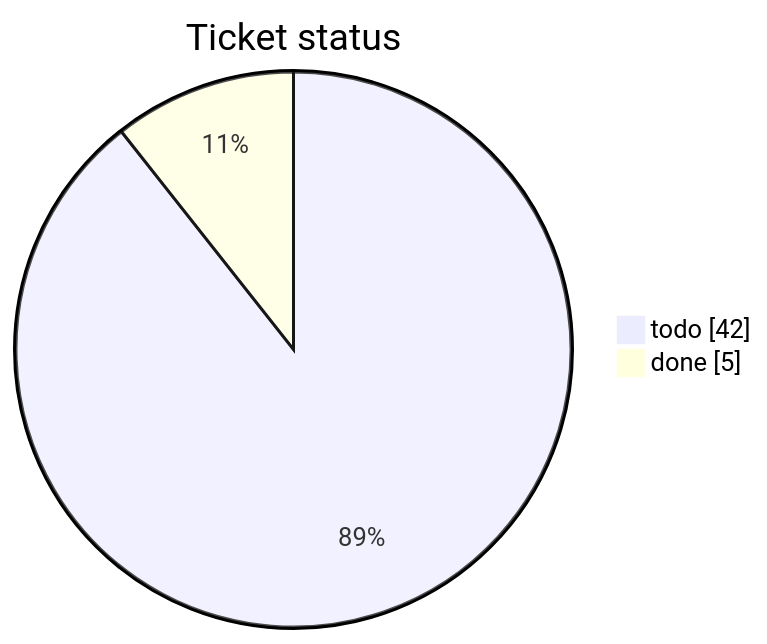
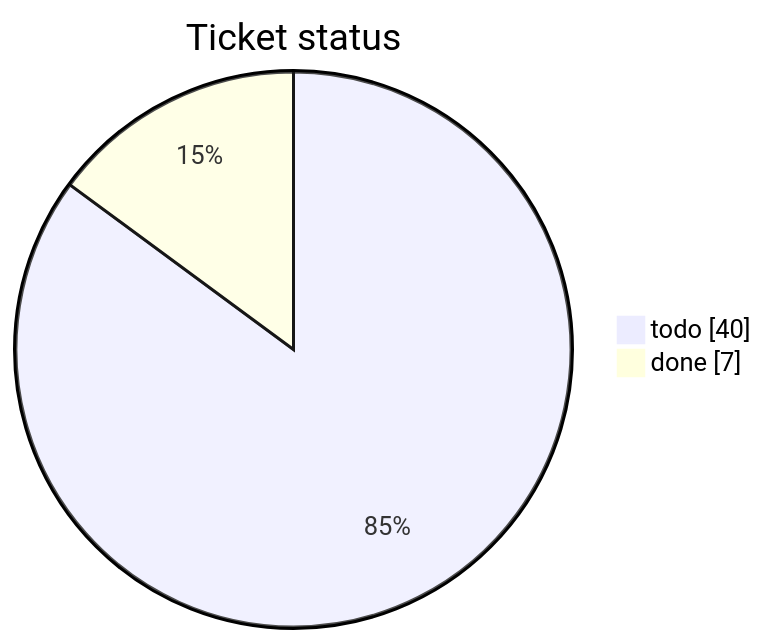
The first of 3 diagrams in tickets/TICKETS.md (mohamed-soubhi/bootlab-esp), drawn with Mermaid before and after one commit. The commit also changed other lines of this file and 1 other file, not shown here.

First line of the commit message:
BL-003 done (verify): udev rules + groups

````diff
--- a/tickets/TICKETS.md
+++ b/tickets/TICKETS.md
@@ -10,5 +10,5 @@
 ```mermaid
 pie showData title Ticket status
-    "todo" : 42
-    "done" : 5
+    "todo" : 40
+    "done" : 7
 ```
````
